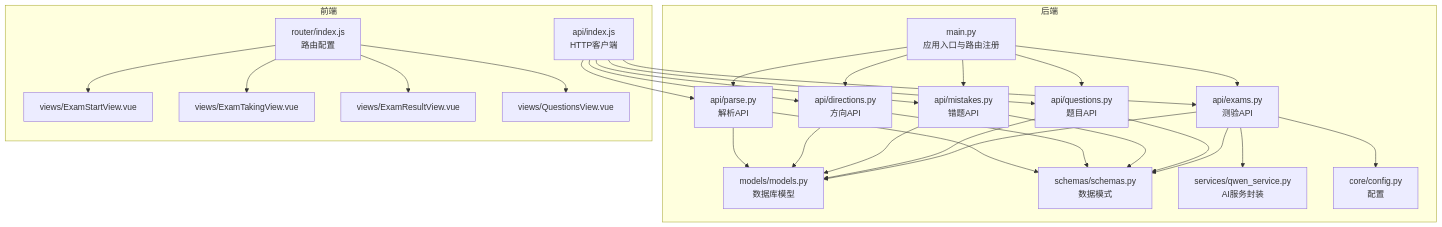
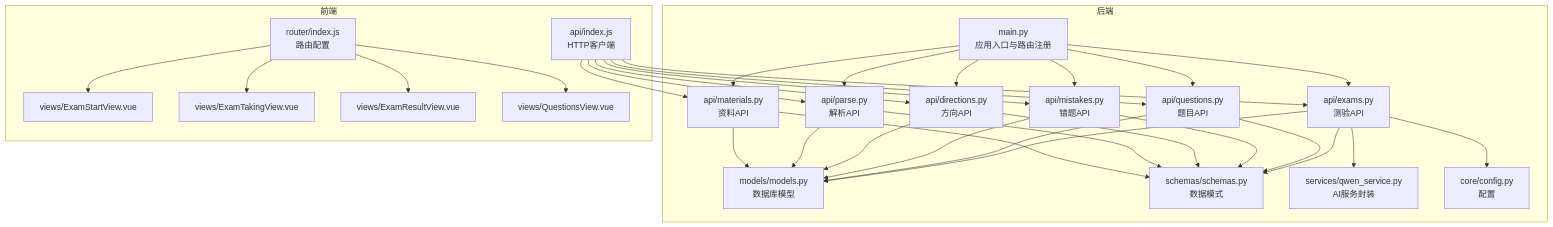
One commit to zhiwenli-jack/personal-learning-manager changed the first of 10 diagrams in .qoder/repowiki/zh/content/核心功能模块/测验评估系统.md. Above: the diagram before and after it, drawn with Mermaid. The commit also changed other lines of this file and 6 other files, not shown here.

````diff
--- a/.qoder/repowiki/zh/content/核心功能模块/测验评估系统.md
+++ b/.qoder/repowiki/zh/content/核心功能模块/测验评估系统.md
@@ -51,49 +52,54 @@
 ```mermaid
 graph TB
 subgraph "后端"
 M["main.py<br/>应用入口与路由注册"]
 EX["api/exams.py<br/>测验API"]
 Q["api/questions.py<br/>题目API"]
 MK["api/mistakes.py<br/>错题API"]
 DIR["api/directions.py<br/>方向API"]
 PAR["api/parse.py<br/>解析API"]
+MAT["api/materials.py<br/>资料API"]
 MD["models/models.py<br/>数据库模型"]
 SCH["schemas/schemas.py<br/>数据模式"]
 SV["services/qwen_service.py<br/>AI服务封装"]
 CFG["core/config.py<br/>配置"]
 end
 subgraph "前端"
 RT["router/index.js<br/>路由配置"]
 API["api/index.js<br/>HTTP客户端"]
 V1["views/ExamStartView.vue"]
 V2["views/ExamTakingView.vue"]
 V3["views/ExamResultView.vue"]
 V4["views/QuestionsView.vue"]
 end
 M --> EX
 M --> Q
 M --> MK
 M --> DIR
 M --> PAR
+M --> MAT
 EX --> MD
 Q --> MD
 MK --> MD
 DIR --> MD
 PAR --> MD
+MAT --> MD
 EX --> SCH
 Q --> SCH
 MK --> SCH
 DIR --> SCH
 PAR --> SCH
+MAT --> SCH
 EX --> SV
 EX --> CFG
 RT --> V1
 RT --> V2
 RT --> V3
 RT --> V4
 API --> EX
 API --> Q
 API --> MK
 API --> DIR
 API --> PAR
+API --> MAT
 ```
````
